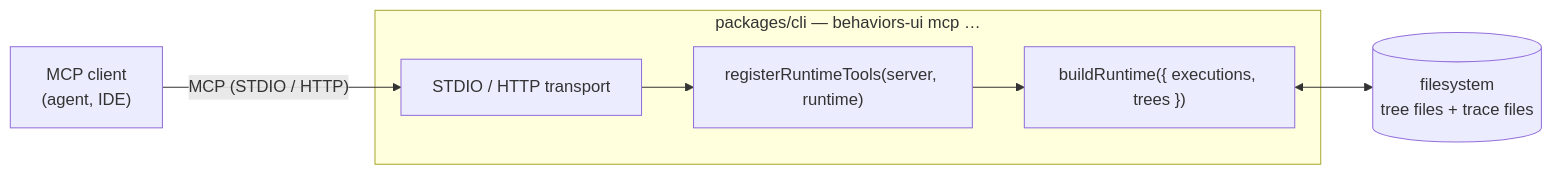
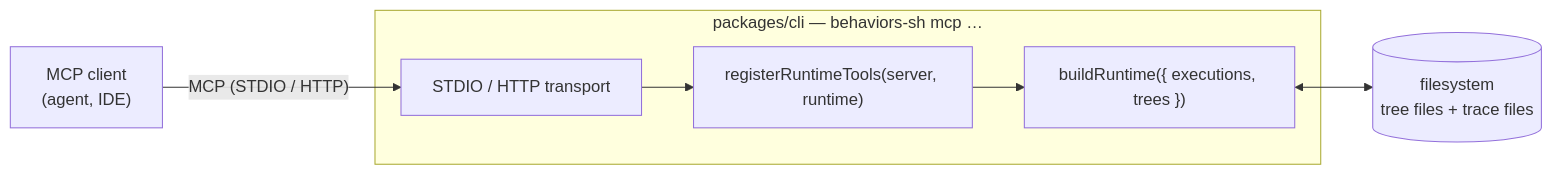
The first of 4 diagrams in .claude/skills/todo-tracker/plans/mcp.md (flying-dice/behaviors-sh), drawn with Mermaid before and after one commit. The commit also changed other lines of this file and 88 other files, not shown here.

````diff
--- a/.claude/skills/todo-tracker/plans/mcp.md
+++ b/.claude/skills/todo-tracker/plans/mcp.md
@@ -7,15 +7,15 @@
 ```mermaid
 flowchart LR
     Client["MCP client<br/>(agent, IDE)"]
-    subgraph CLI["packages/cli — behaviors-ui mcp …"]
+    subgraph CLI["packages/cli — behaviors-sh mcp …"]
         Transport["STDIO / HTTP transport"]
         Register["registerRuntimeTools(server, runtime)"]
         Runtime["buildRuntime({ executions, trees })"]
     end
     FS[("filesystem<br/>tree files + trace files")]
 
     Client -- "MCP (STDIO / HTTP)" --> Transport
     Transport --> Register
     Register --> Runtime
     Runtime <--> FS
 ```
````
